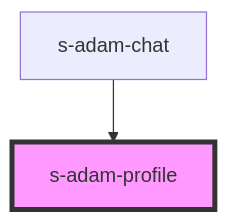
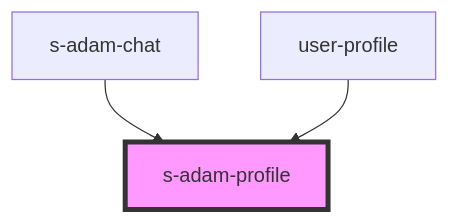
Before and after one commit to saqhan/stencil-chat: the diagram in src/components/shared/s-adam-profile/readme.md, drawn with Mermaid. The commit also changed other lines of this file and 10 other files, not shown here.

````diff
--- a/src/components/shared/s-adam-profile/readme.md
+++ b/src/components/shared/s-adam-profile/readme.md
@@ -15,5 +30,6 @@
 ```mermaid
 graph TD;
   s-adam-chat --> s-adam-profile
+  user-profile --> s-adam-profile
   style s-adam-profile fill:#f9f,stroke:#333,stroke-width:4px
 ```
````
